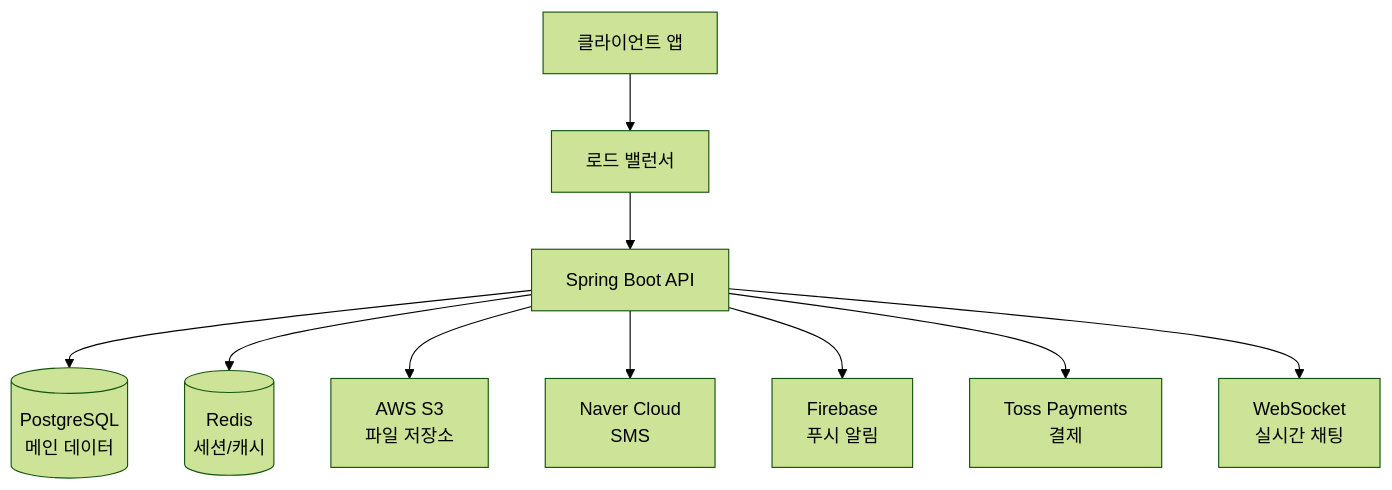
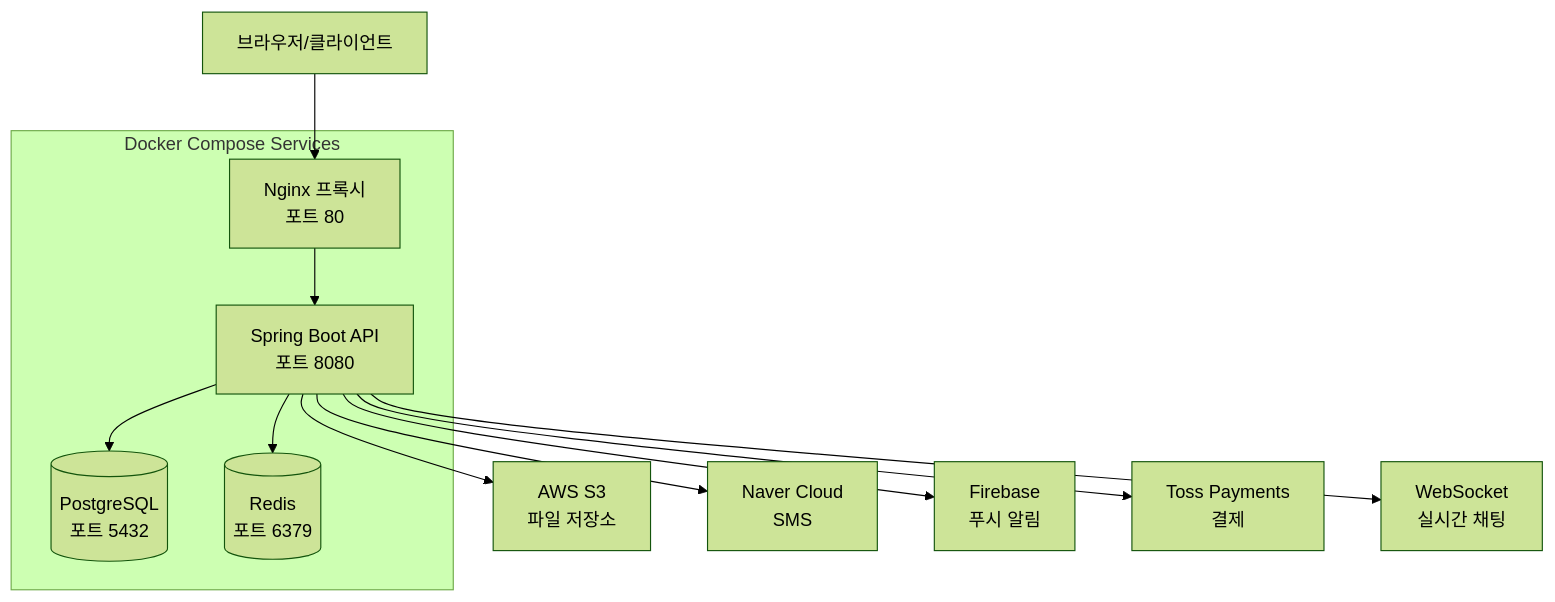
One commit to Leesin0222/devblind-backend changed the diagram in README.md. Above: the diagram before and after it, drawn with Mermaid (forest theme). The commit also changed other lines of this file, not shown here.

````diff
--- a/README.md
+++ b/README.md
@@ -66,15 +72,22 @@
 ```mermaid
 graph TB
-    Client[클라이언트 앱] --> LB[로드 밸런서]
-    LB --> API[Spring Boot API]
+    Client[브라우저/클라이언트] --> Nginx[Nginx 프록시<br/>포트 80]
+    Nginx --> App[Spring Boot API<br/>포트 8080]
     
-    API --> PostgreSQL[(PostgreSQL<br/>메인 데이터)]
-    API --> Redis[(Redis<br/>세션/캐시)]
-    API --> S3[AWS S3<br/>파일 저장소]
+    App --> PostgreSQL[(PostgreSQL<br/>포트 5432)]
+    App --> Redis[(Redis<br/>포트 6379)]
+    App --> S3[AWS S3<br/>파일 저장소]
     
-    API --> SMS[Naver Cloud<br/>SMS]
-    API --> FCM[Firebase<br/>푸시 알림]
-    API --> TOSS[Toss Payments<br/>결제]
+    App --> SMS[Naver Cloud<br/>SMS]
+    App --> FCM[Firebase<br/>푸시 알림]
+    App --> TOSS[Toss Payments<br/>결제]
     
-    API --> WS[WebSocket<br/>실시간 채팅]
+    App --> WS[WebSocket<br/>실시간 채팅]
+    
+    subgraph "Docker Compose Services"
+        Nginx
+        App
+        PostgreSQL
+        Redis
+    end
 ```
````
